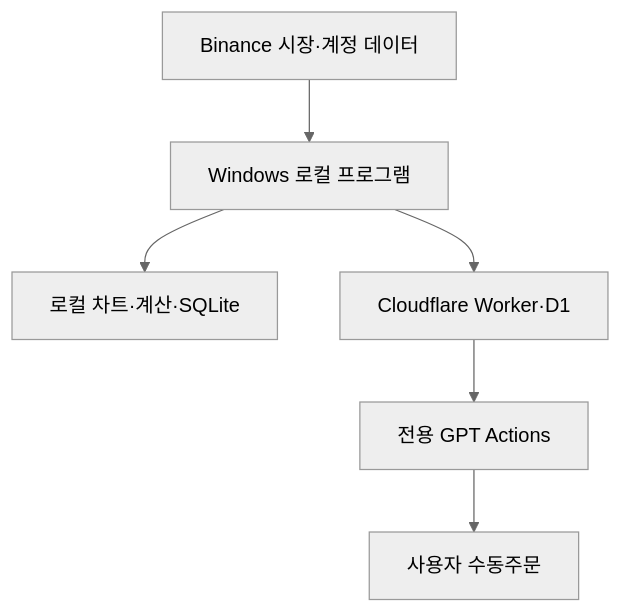
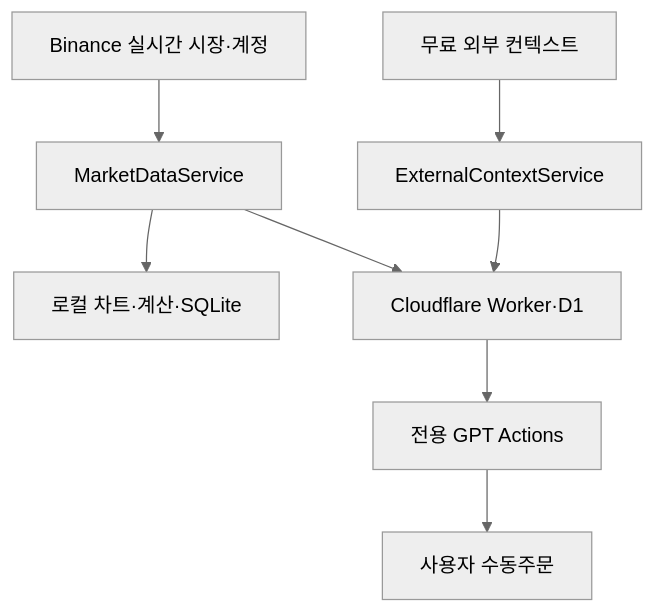
The first of 2 diagrams in docs/PROJECT_SPEC.md (ckddnjs1173/btcgpt), drawn with Mermaid (neutral theme) before and after one commit. The commit also changed other lines of this file, not shown here.

Commit message:
docs: plan free realtime context expansion

````diff
--- a/docs/PROJECT_SPEC.md
+++ b/docs/PROJECT_SPEC.md
@@ -221,8 +250,10 @@
 ```mermaid
 flowchart TD
-    B[Binance 시장·계정 데이터] --> L[Windows 로컬 프로그램]
-    L --> D[로컬 차트·계산·SQLite]
-    L --> R[Cloudflare Worker·D1]
+    B[Binance 실시간 시장·계정] --> M[MarketDataService]
+    X[무료 외부 컨텍스트] --> C[ExternalContextService]
+    M --> L[로컬 차트·계산·SQLite]
+    M --> R[Cloudflare Worker·D1]
+    C --> R
     R --> G[전용 GPT Actions]
     G --> U[사용자 수동주문]
 ```
````
